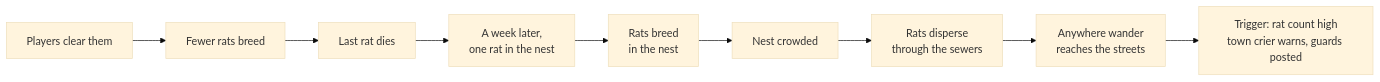
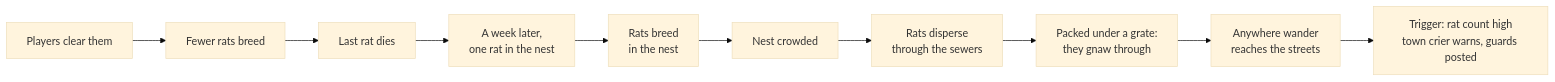
Before and after one commit to Aaqibhafeezkhan/riftward: the diagram in docs/world.md, drawn with Mermaid (base theme). The commit also changed other lines of this file and 6 other files, not shown here.

First line of the commit message:
Let packed rats gnaw through the grates

````diff
--- a/docs/world.md
+++ b/docs/world.md
@@ -281,11 +301,12 @@
 ```mermaid
 flowchart LR
     breed[Rats breed<br/>in the nest] --> crowd[Nest crowded]
     crowd --> spread[Rats disperse<br/>through the sewers]
-    spread --> streets[Anywhere wander<br/>reaches the streets]
+    spread --> packed[Packed under a grate:<br/>they gnaw through]
+    packed --> streets[Anywhere wander<br/>reaches the streets]
     streets --> event[Trigger: rat count high<br/>town crier warns, guards posted]
     kill[Players clear them] --> fewer[Fewer rats breed]
     fewer --> last[Last rat dies]
     last --> reseed[A week later,<br/>one rat in the nest]
     reseed --> breed
 ```
````
